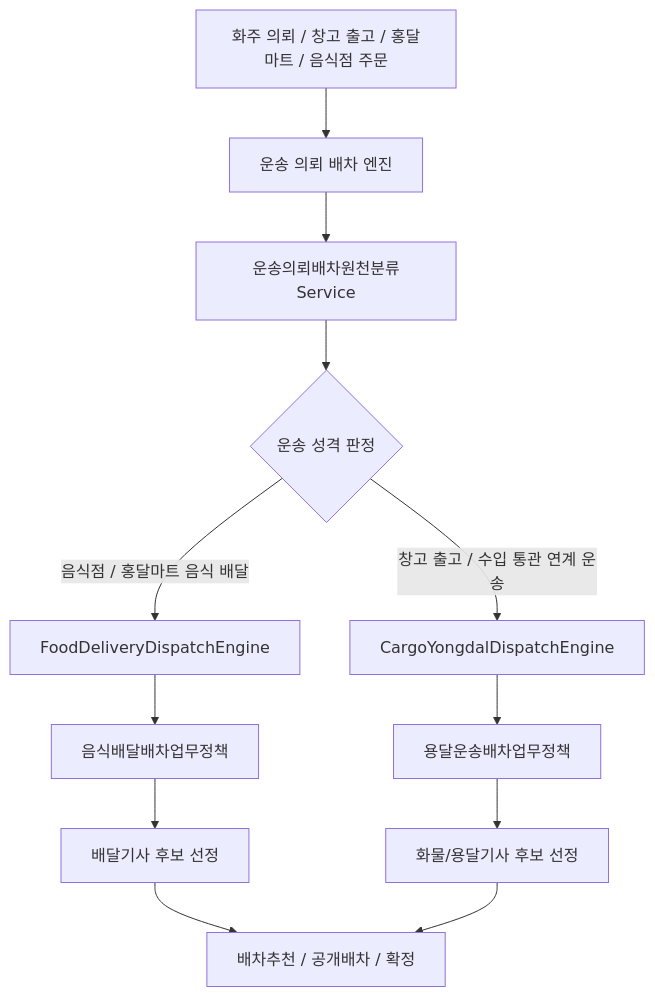
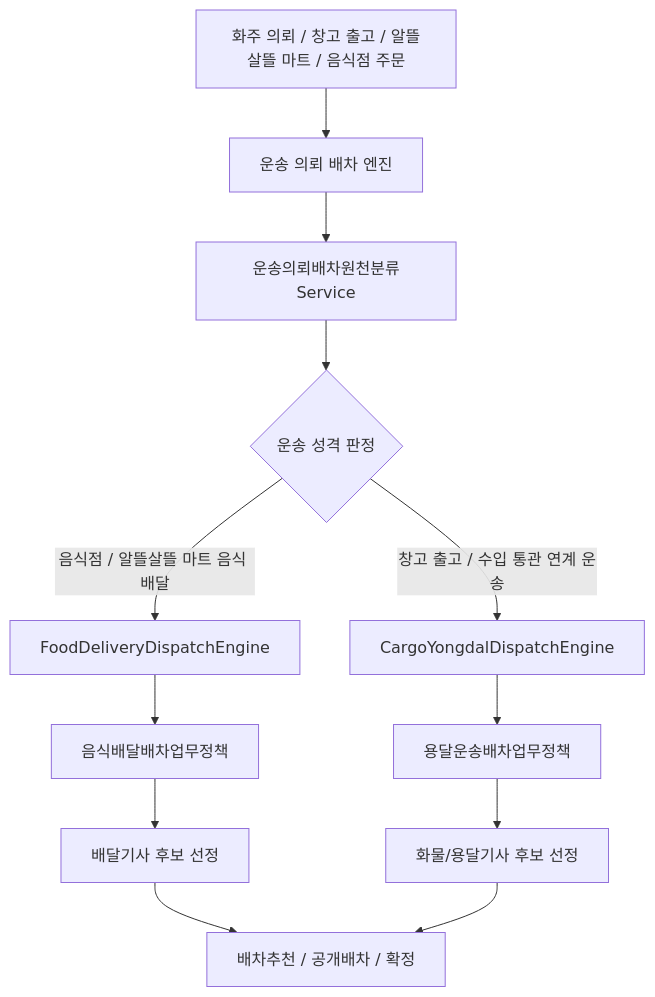
The first of 3 diagrams in docs/ProjectOverview/dispatch-flows.md (cheolwo/hongdal), drawn with Mermaid before and after one commit. The commit also changed other lines of this file and 39 other files, not shown here.

````diff
--- a/docs/ProjectOverview/dispatch-flows.md
+++ b/docs/ProjectOverview/dispatch-flows.md
@@ -14,14 +14,14 @@
 ```mermaid
 flowchart TD
-    A["화주 의뢰 / 창고 출고 / 홍달마트 / 음식점 주문"] --> A1["운송 의뢰 배차 엔진"]
+    A["화주 의뢰 / 창고 출고 / 알뜰살뜰 마트 / 음식점 주문"] --> A1["운송 의뢰 배차 엔진"]
     A1 --> A2["운송의뢰배차원천분류Service"]
     A2 --> B{"운송 성격 판정"}
-    B -->|음식점 / 홍달마트 음식 배달| C["FoodDeliveryDispatchEngine"]
+    B -->|음식점 / 알뜰살뜰 마트 음식 배달| C["FoodDeliveryDispatchEngine"]
     B -->|창고 출고 / 수입 통관 연계 운송| D["CargoYongdalDispatchEngine"]
     C --> E["음식배달배차업무정책"]
     D --> F["용달운송배차업무정책"]
     E --> G["배달기사 후보 선정"]
     F --> H["화물/용달기사 후보 선정"]
     G --> I["배차추천 / 공개배차 / 확정"]
     H --> I
 ```
````
